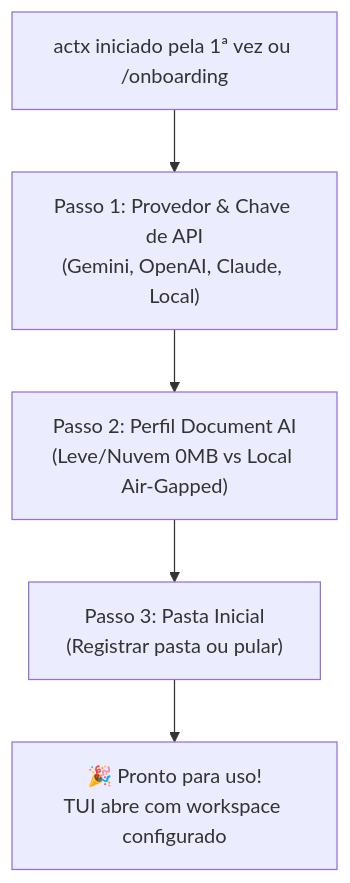
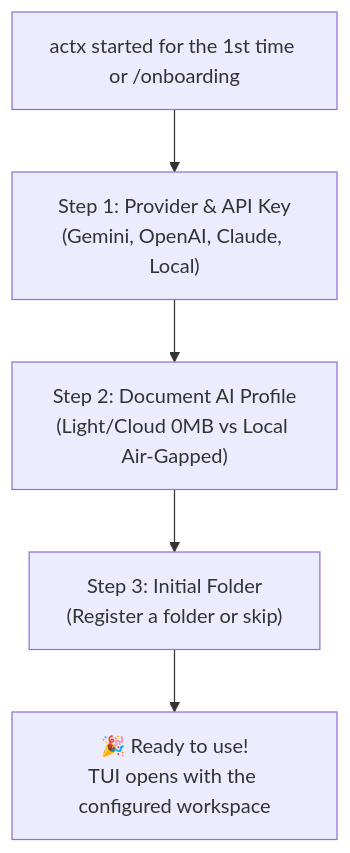
The first of 2 diagrams in docs/plans/anycontext_blueprint_v0349_harmonizacao_aurora_boreal_auto_scroll_react_ux_de_update_cancelamento_de_download_onboarding_wizard.md (Levix-Digital/any-context), drawn with Mermaid before and after one commit. The commit also changed other lines of this file and 1 other file, not shown here.

````diff
--- a/docs/plans/anycontext_blueprint_v0349_harmonizacao_aurora_boreal_auto_scroll_react_ux_de_update_cancelamento_de_download_onboarding_wizard.md
+++ b/docs/plans/anycontext_blueprint_v0349_harmonizacao_aurora_boreal_auto_scroll_react_ux_de_update_cancelamento_de_download_onboarding_wizard.md
@@ -108,7 +108,7 @@
 ```mermaid
 flowchart TD
-    Start["actx iniciado pela 1ª vez ou /onboarding"] --> Step1["Passo 1: Provedor & Chave de API\n(Gemini, OpenAI, Claude, Local)"]
-    Step1 --> Step2["Passo 2: Perfil Document AI\n(Leve/Nuvem 0MB vs Local Air-Gapped)"]
-    Step2 --> Step3["Passo 3: Pasta Inicial\n(Registrar pasta ou pular)"]
-    Step3 --> Finish["🎉 Pronto para uso!\nTUI abre com workspace configurado"]
+    Start["actx started for the 1st time or /onboarding"] --> Step1["Step 1: Provider & API Key\n(Gemini, OpenAI, Claude, Local)"]
+    Step1 --> Step2["Step 2: Document AI Profile\n(Light/Cloud 0MB vs Local Air-Gapped)"]
+    Step2 --> Step3["Step 3: Initial Folder\n(Register a folder or skip)"]
+    Step3 --> Finish["🎉 Ready to use!\nTUI opens with the configured workspace"]
 ```
````
